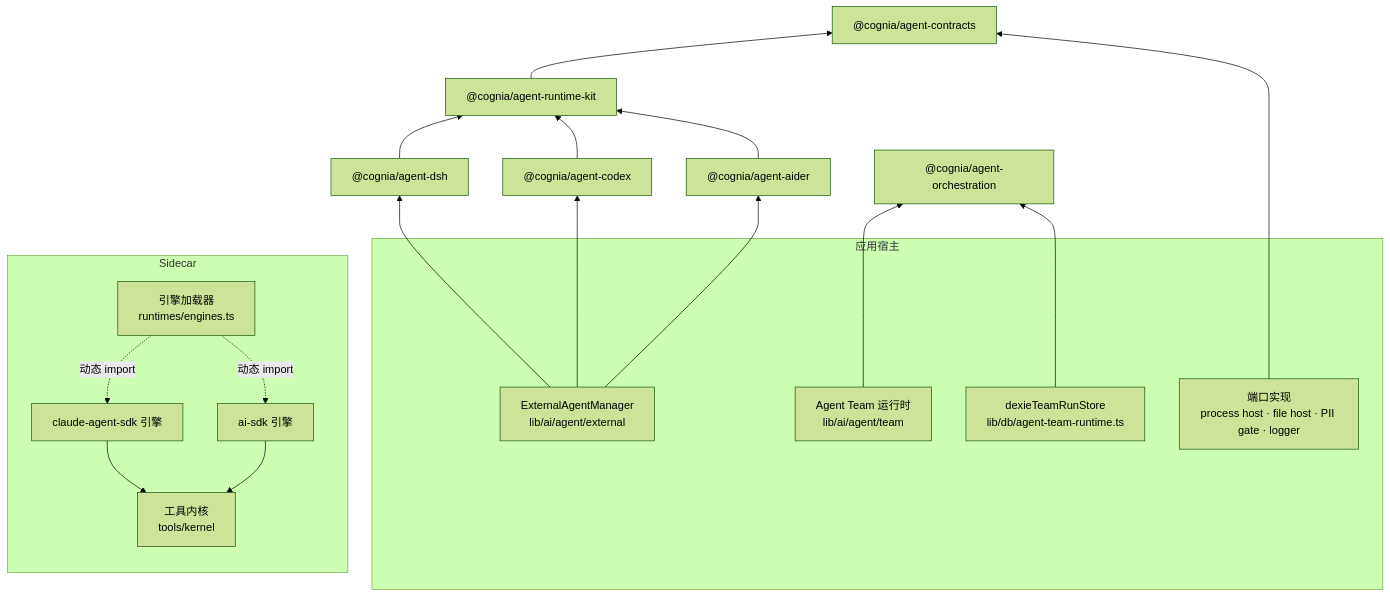
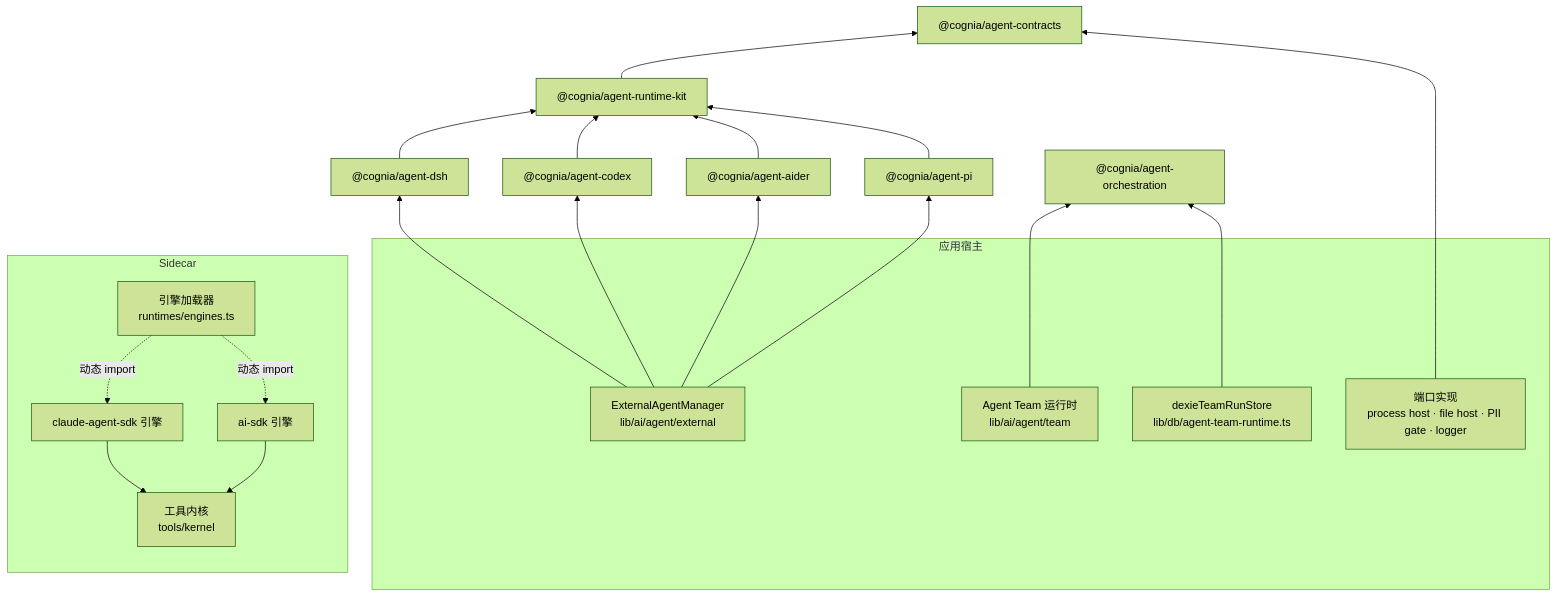
Before and after one commit to MaxQian888/cognia-next: the diagram in docs/content/docs/zh/subsystems/agent-packages/index.mdx, drawn with Mermaid (forest theme). The commit also changed other lines of this file and 55 other files, not shown here.

First line of the commit message:
refactor(agent): move the Pi integration into @cognia/agent-pi (ADR-0217)

````diff
--- a/docs/content/docs/zh/subsystems/agent-packages/index.mdx
+++ b/docs/content/docs/zh/subsystems/agent-packages/index.mdx
@@ -39,31 +39,33 @@
 ```mermaid
 flowchart BT
   contracts["@cognia/agent-contracts"]
   kit["@cognia/agent-runtime-kit"] --> contracts
   dsh["@cognia/agent-dsh"] --> kit
   codex["@cognia/agent-codex"] --> kit
   aider["@cognia/agent-aider"] --> kit
+  pi["@cognia/agent-pi"] --> kit
   orch["@cognia/agent-orchestration"]
   subgraph host["应用宿主"]
     manager["ExternalAgentManager<br/>lib/ai/agent/external"]
     ports["端口实现<br/>process host · file host · PII gate · logger"]
     team["Agent Team 运行时<br/>lib/ai/agent/team"]
     dexie["dexieTeamRunStore<br/>lib/db/agent-team-runtime.ts"]
   end
   subgraph sidecar["Sidecar"]
     engines["引擎加载器<br/>runtimes/engines.ts"]
     claude["claude-agent-sdk 引擎"]
     aisdk["ai-sdk 引擎"]
     kernel["工具内核<br/>tools/kernel"]
   end
   manager --> dsh
   manager --> codex
   manager --> aider
+  manager --> pi
   ports --> contracts
   team --> orch
   dexie --> orch
   engines -.动态 import.-> claude
   engines -.动态 import.-> aisdk
   claude --> kernel
   aisdk --> kernel
 ```
````
